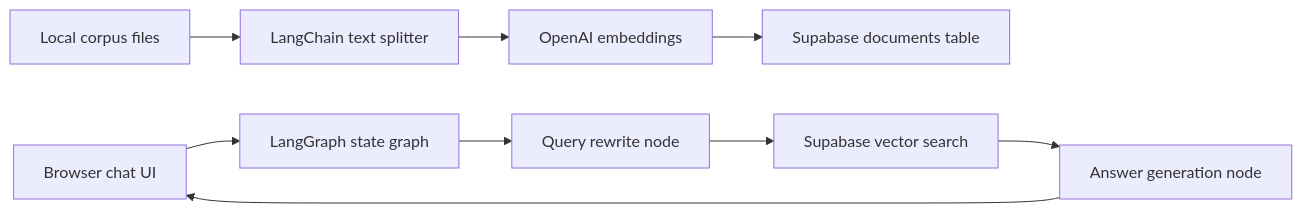
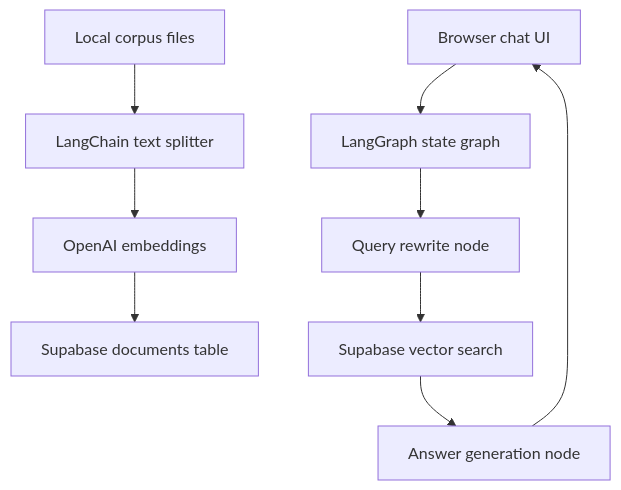
One commit to JAGGER99/LLM-ChatBot changed the diagram in README.md. Above: the diagram before and after it, drawn with Mermaid.

Commit message:
updated chart in README

````diff
--- a/README.md
+++ b/README.md
@@ -22,11 +22,11 @@
 ```mermaid
-flowchart LR
-    A["Local corpus files"] --> B["LangChain text splitter"]
-    B --> C["OpenAI embeddings"]
-    C --> D["Supabase documents table"]
-    E["Browser chat UI"] --> F["LangGraph state graph"]
-    F --> G["Query rewrite node"]
-    G --> H["Supabase vector search"]
-    H --> I["Answer generation node"]
-    I --> E
+graph TD
+    corpus[Local corpus files] --> splitter[LangChain text splitter]
+    splitter --> embeddings[OpenAI embeddings]
+    embeddings --> store[Supabase documents table]
+    ui[Browser chat UI] --> workflow[LangGraph state graph]
+    workflow --> rewrite[Query rewrite node]
+    rewrite --> search[Supabase vector search]
+    search --> answer[Answer generation node]
+    answer --> ui
 ```
````
